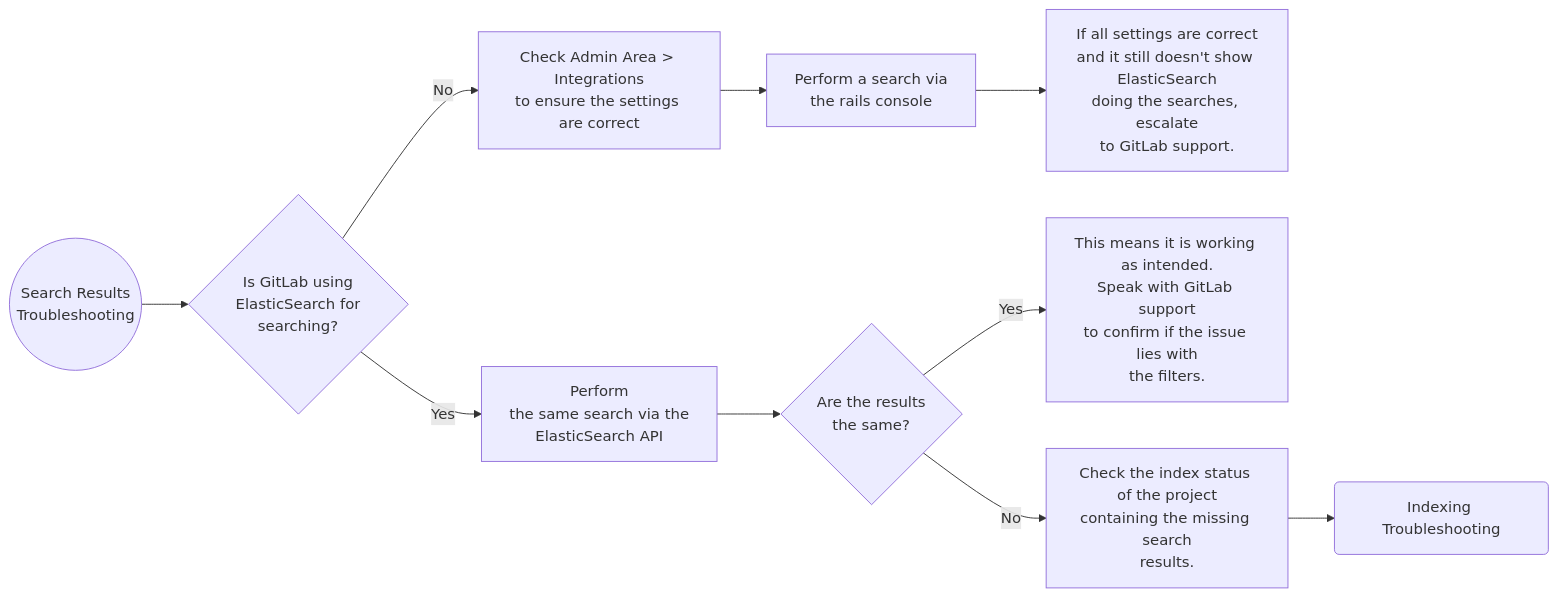
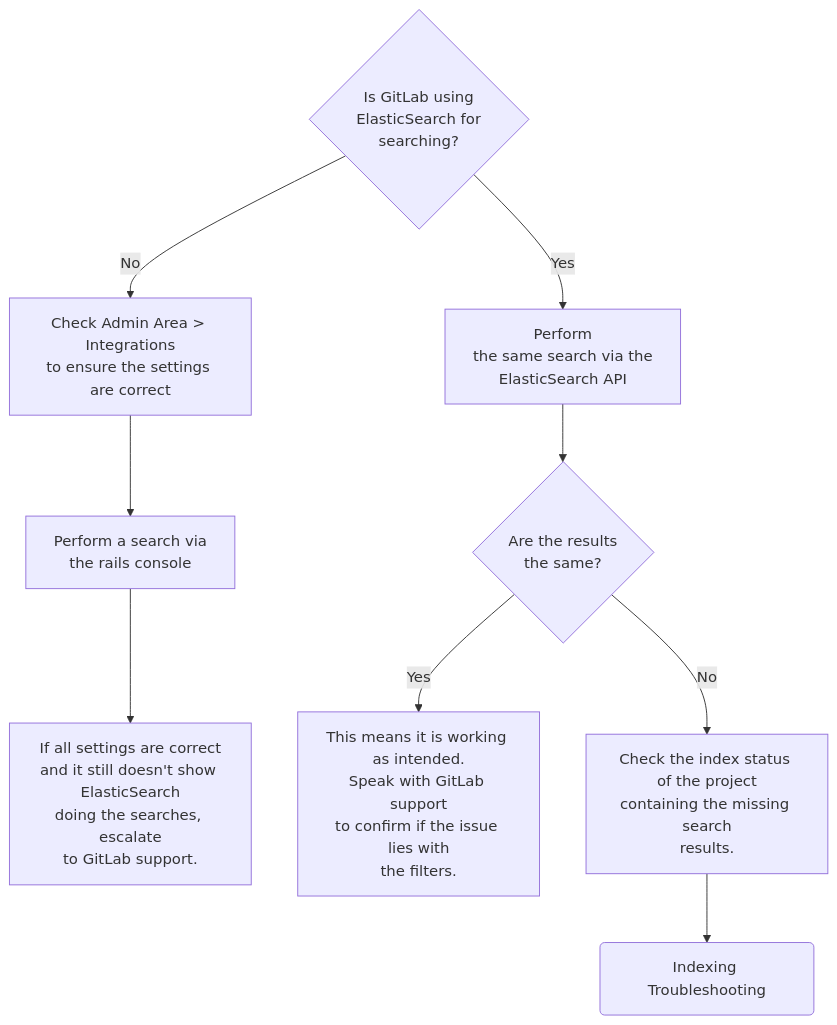
Before and after one commit to ngen-brett/gitlab-ce: the first of 4 diagrams in doc/administration/troubleshooting/elasticsearch.md, drawn with Mermaid. The commit also changed other lines of this file, not shown here.

First line of the commit message:
Add ElasticSearch Troubleshooting

````diff
--- a/doc/administration/troubleshooting/elasticsearch.md
+++ b/doc/administration/troubleshooting/elasticsearch.md
@@ -35,22 +35,20 @@
 ```mermaid
-graph LR;
-  A --> B
+graph TD;
   B --> |No| B1
   B --> |Yes| B4
   B1 --> B2
   B2 --> B3
   B4 --> B5
   B5 --> |Yes| B6
   B5 --> |No| B7
   B7 --> B8
-  A((Search Results<br>Troubleshooting))
   B{Is GitLab using<br>ElasticSearch for<br>searching?}
   B1[Check Admin Area > Integrations<br>to ensure the settings are correct]
   B2[Perform a search via<br>the rails console]
   B3[If all settings are correct<br>and it still doesn't show ElasticSearch<br>doing the searches, escalate<br>to GitLab support.]
   B4[Perform<br>the same search via the<br>ElasticSearch API]
   B5{Are the results<br>the same?}
   B6[This means it is working as intended.<br>Speak with GitLab support<br>to confirm if the issue lies with<br>the filters.]
   B7[Check the index status of the project<br>containing the missing search<br>results.]
   B8(Indexing Troubleshooting)
 ```
````
